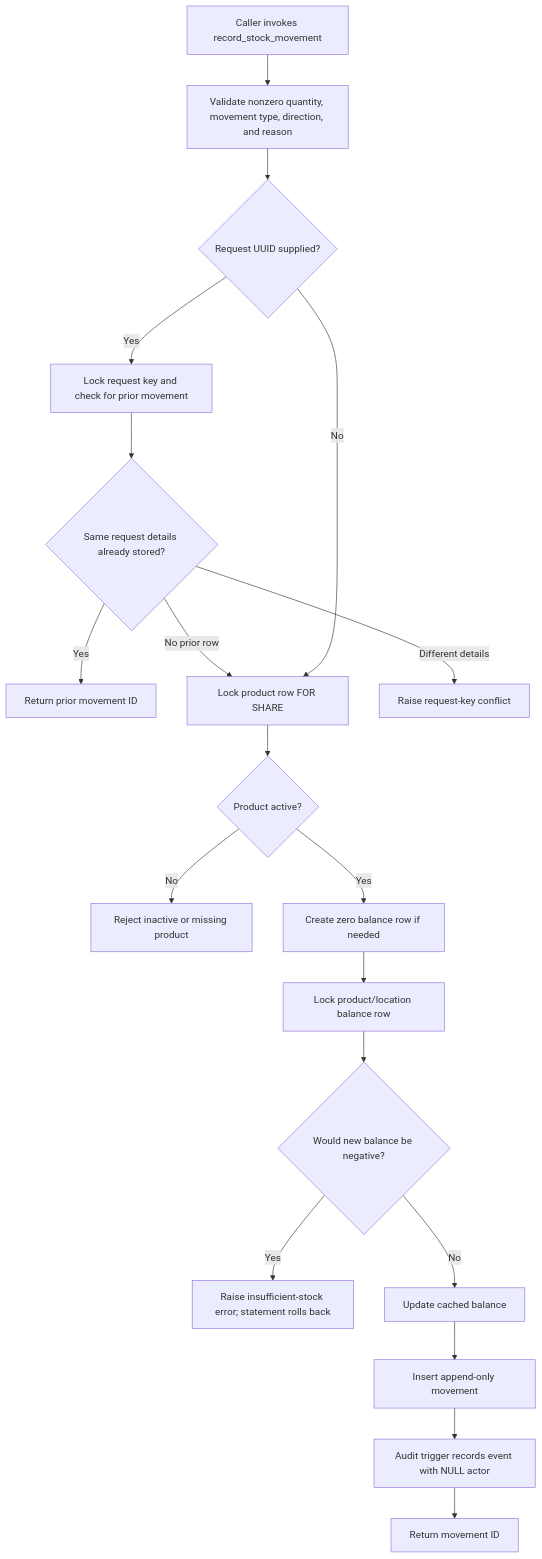
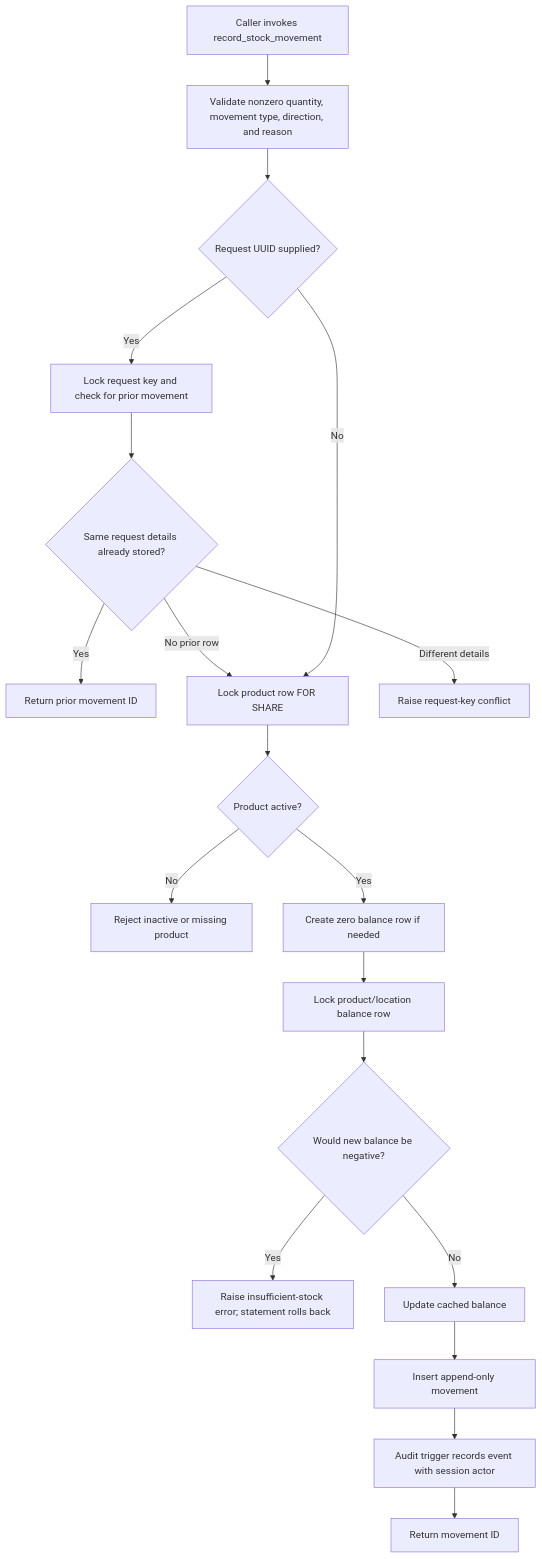
Before and after one commit to sysinfo7/Inventory_System: the second of 2 diagrams in docs/ARCHITECTURE.md, drawn with Mermaid. The commit also changed other lines of this file and 39 other files, not shown here.

````diff
--- a/docs/ARCHITECTURE.md
+++ b/docs/ARCHITECTURE.md
@@ -67,21 +67,21 @@
 ```mermaid
 flowchart TD
     A[Caller invokes record_stock_movement] --> B[Validate nonzero quantity, movement type, direction, and reason]
     B --> C{Request UUID supplied?}
     C -- Yes --> D[Lock request key and check for prior movement]
     D --> E{Same request details already stored?}
     E -- Yes --> F[Return prior movement ID]
     E -- No prior row --> G[Lock product row FOR SHARE]
     E -- Different details --> H[Raise request-key conflict]
     C -- No --> G
     G --> I{Product active?}
     I -- No --> R[Reject inactive or missing product]
     I -- Yes --> J[Create zero balance row if needed]
     J --> K[Lock product/location balance row]
     K --> L{Would new balance be negative?}
     L -- Yes --> M[Raise insufficient-stock error; statement rolls back]
     L -- No --> N[Update cached balance]
     N --> O[Insert append-only movement]
-    O --> P[Audit trigger records event with NULL actor]
+    O --> P[Audit trigger records event with session actor]
     P --> Q[Return movement ID]
 ```
````
